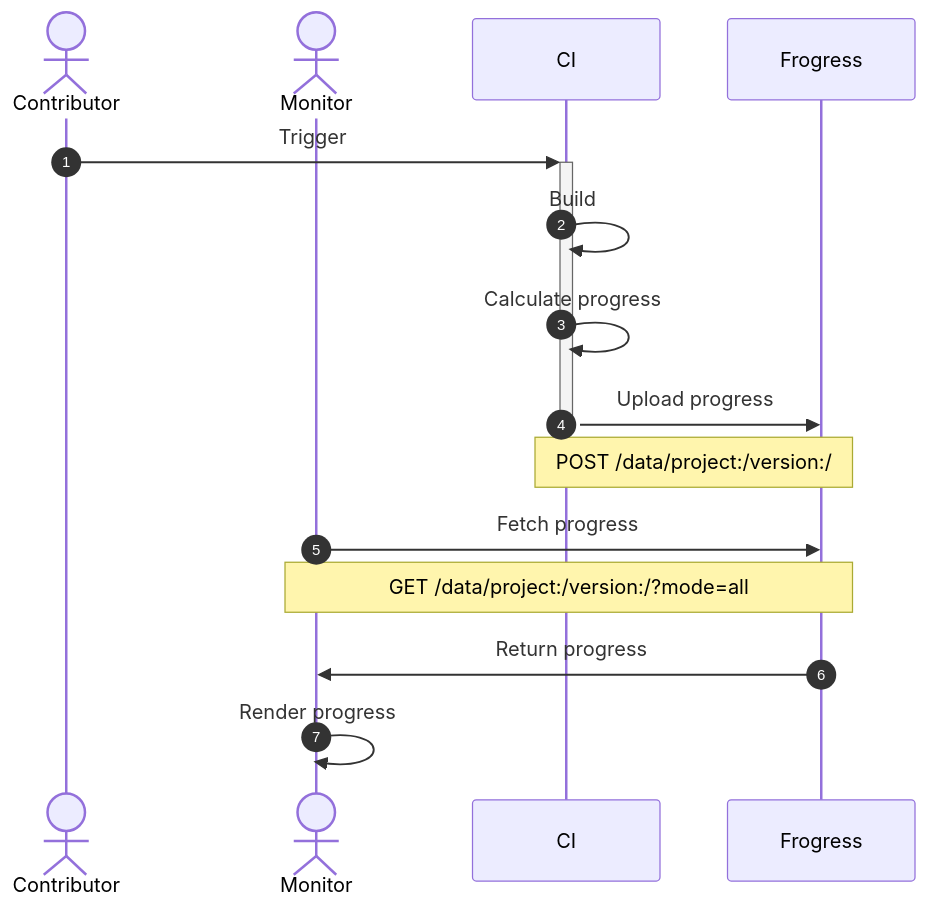
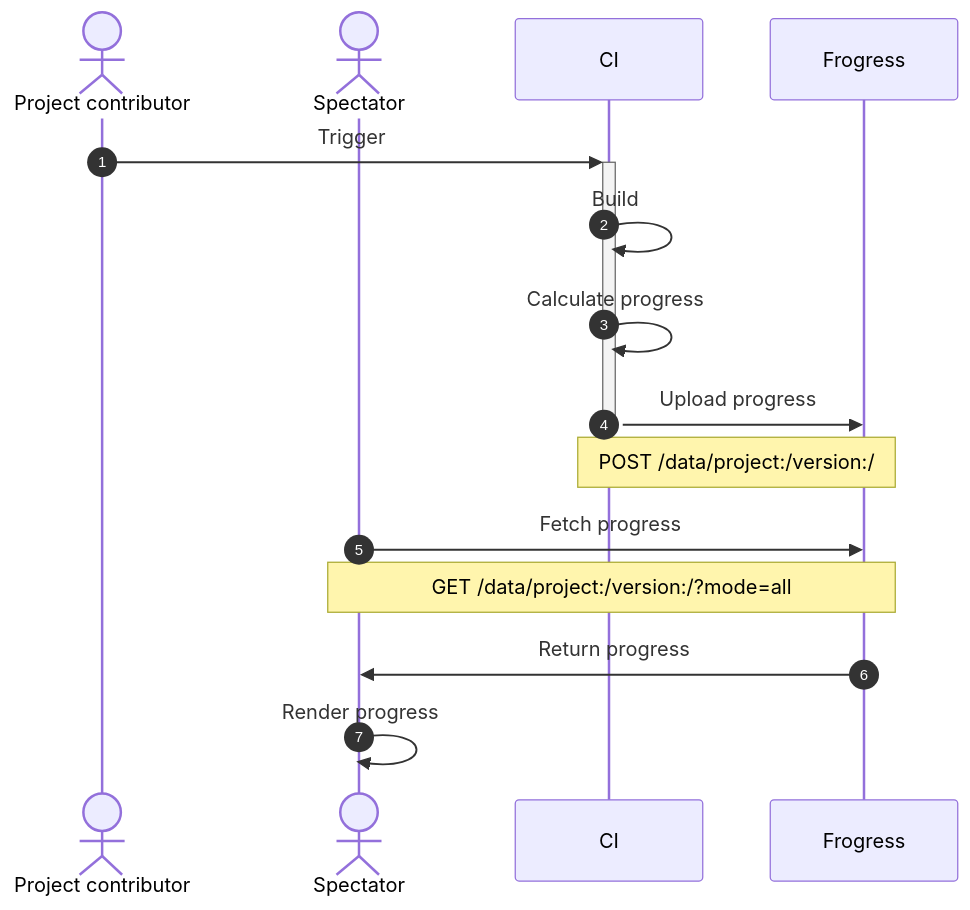
Before and after one commit to decompals/frogress: the diagram in GUIDE.md, drawn with Mermaid. The commit also changed other lines of this file, not shown here.

````diff
--- a/GUIDE.md
+++ b/GUIDE.md
@@ -16,15 +7,15 @@
 ```mermaid
 sequenceDiagram
     autonumber
-    actor Contributor
-    actor Monitor
+    actor Contributor as Project contributor
+    actor Monitor as Spectator
     Contributor->>+CI: Trigger
     CI->>CI: Build
     CI->>CI: Calculate progress
     CI->>-Frogress: Upload progress
     Note over CI,Frogress: POST /data/project:/version:/
     Monitor->>Frogress: Fetch progress
     Note over Monitor,Frogress: GET /data/project:/version:/?mode=all
     Frogress->>Monitor: Return progress
     Monitor->>Monitor: Render progress
 ```
````
